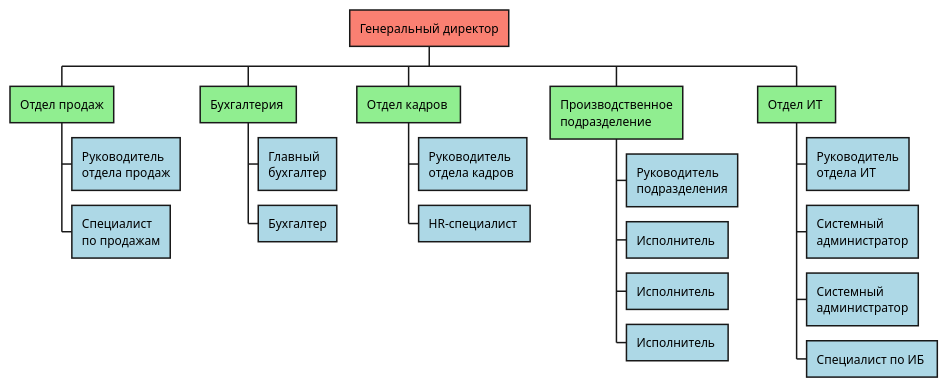
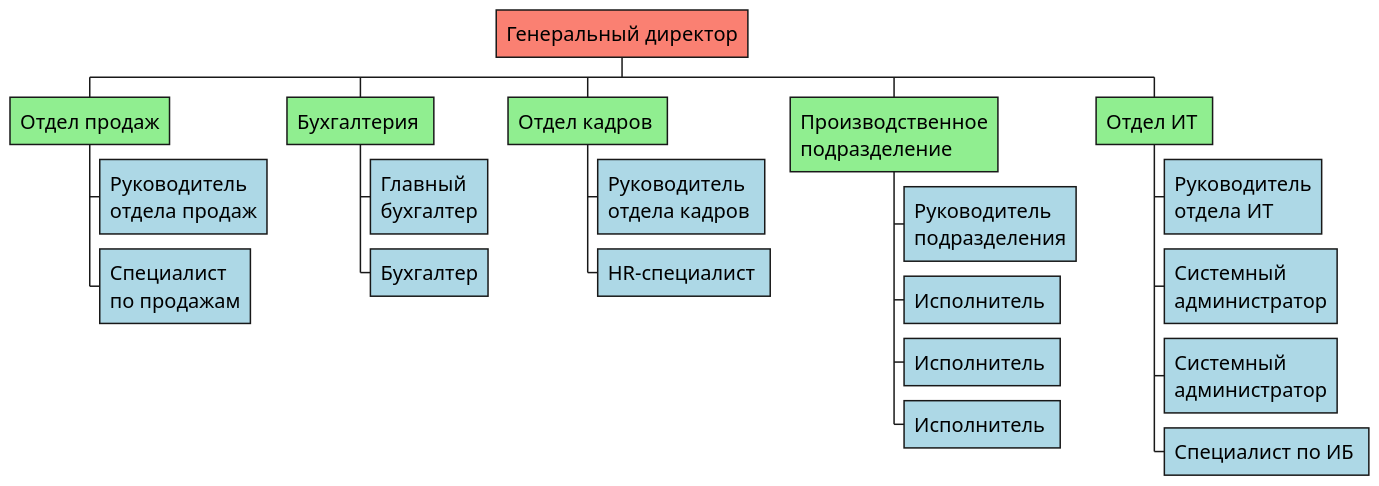
One commit to baksist/thesis-plantuml-diagrams changed the diagram in orgchart.puml. Above: the diagram before and after it, drawn with PlantUML. The commit also changed 2 other files, not shown here.

```diff
--- a/orgchart.puml
+++ b/orgchart.puml
@@ -1,38 +1,39 @@
 @startwbs orgchart
+skinparam DefaultFontSize 20
 
 *[#Salmon] Генеральный директор
 
 **[#LightGreen] Отдел продаж
 ***[#LightBlue]:Руководитель 
 отдела продаж;
 ***[#LightBlue]:Специалист
 по продажам;
 
 **[#LightGreen] Бухгалтерия 
 ***[#LightBlue]:Главный
 бухгалтер;
 ***[#LightBlue]  Бухгалтер
 
 **[#LightGreen] Отдел кадров 
 ***[#LightBlue]:Руководитель 
 отдела кадров ;
 ***[#LightBlue]  HR-специалист 
 
 **[#LightGreen]:Производственное
 подразделение;
 ***[#LightBlue]:Руководитель
 подразделения;
 ***[#LightBlue]  Исполнитель 
 ***[#LightBlue]  Исполнитель 
 ***[#LightBlue]  Исполнитель 
 
 **[#LightGreen] Отдел ИТ 
 ***[#LightBlue]:Руководитель
 отдела ИТ;
 ***[#LightBlue]:Системный
 администратор;
 ***[#LightBlue]:Системный
 администратор;
 ***[#LightBlue]  Специалист по ИБ 
 
 @endwbs
```
